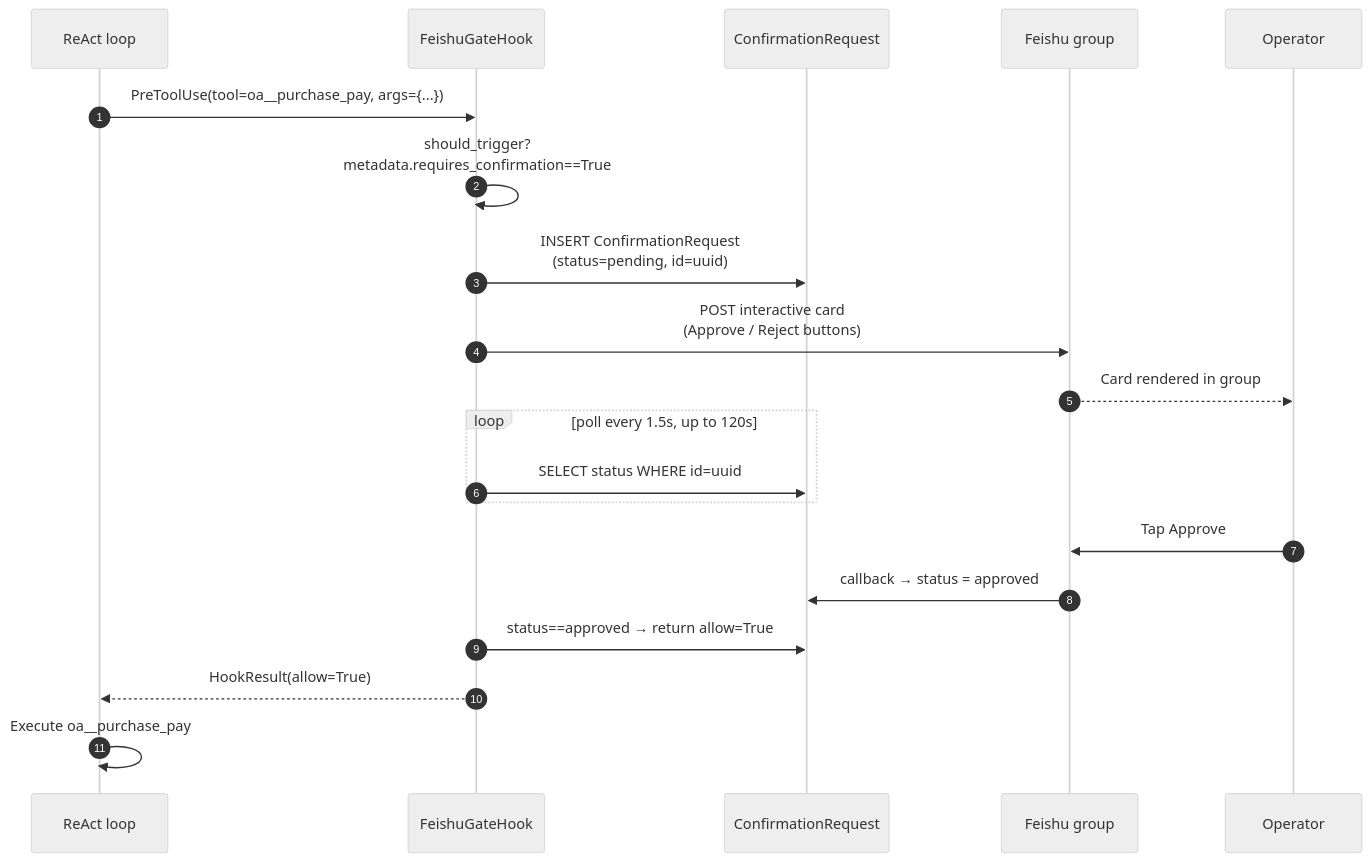
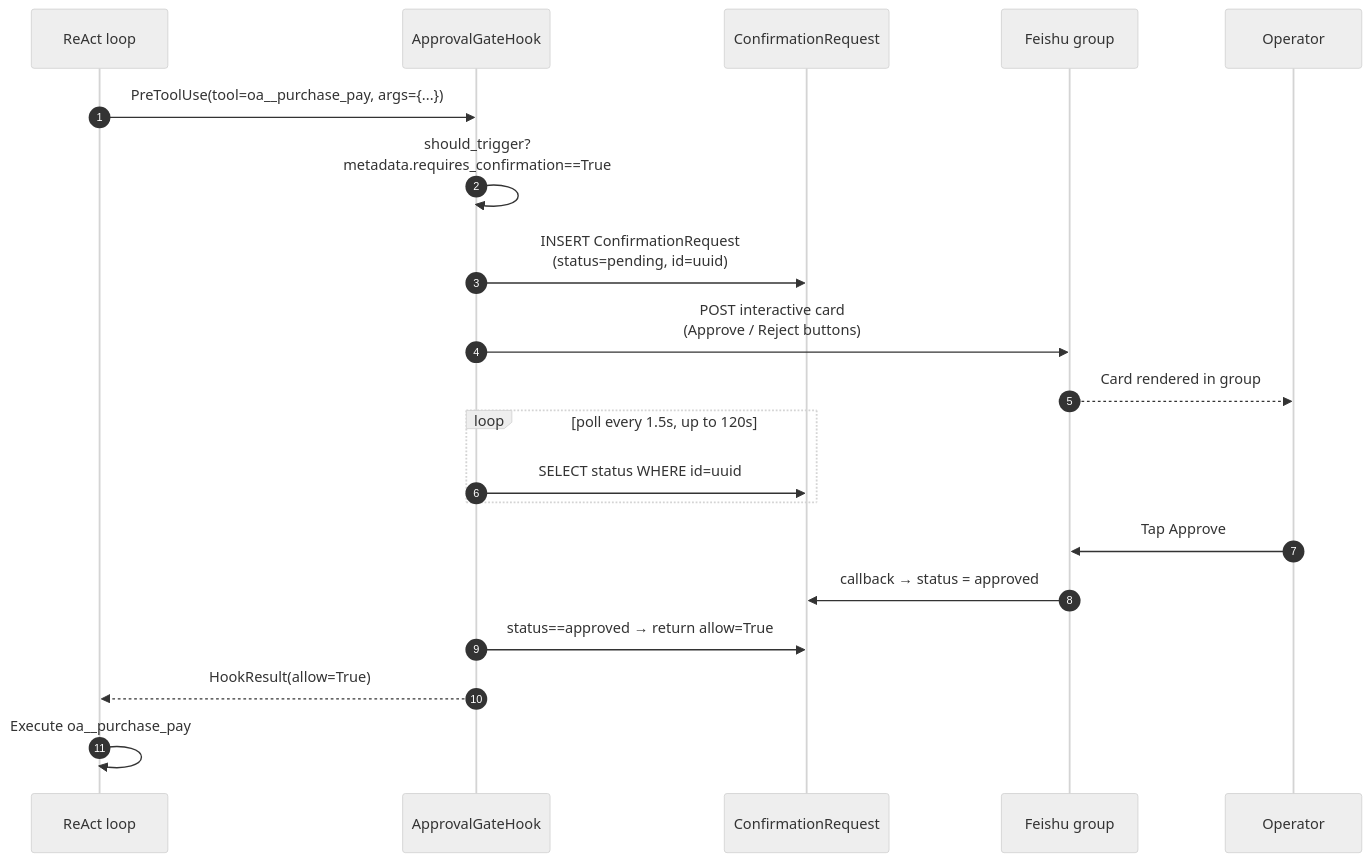
Before and after one commit to fim-ai/fim-one: the second of 2 diagrams in docs/architecture/hook-system.mdx, drawn with Mermaid (neutral theme). The commit also changed other lines of this file and 11 other files, not shown here.

First line of the commit message:
docs: the approval gate is ApprovalGateHook on ConfirmationService

````diff
--- a/docs/architecture/hook-system.mdx
+++ b/docs/architecture/hook-system.mdx
@@ -106,22 +106,22 @@
 ```mermaid
 sequenceDiagram
     autonumber
     participant ReAct as ReAct loop
-    participant Hook as FeishuGateHook
+    participant Hook as ApprovalGateHook
     participant DB as ConfirmationRequest
     participant Feishu as Feishu group
     participant Op as Operator
     ReAct->>Hook: PreToolUse(tool=oa__purchase_pay, args={...})
     Hook->>Hook: should_trigger?<br/>metadata.requires_confirmation==True
     Hook->>DB: INSERT ConfirmationRequest<br/>(status=pending, id=uuid)
     Hook->>Feishu: POST interactive card<br/>(Approve / Reject buttons)
     Feishu-->>Op: Card rendered in group
     loop poll every 1.5s, up to 120s
         Hook->>DB: SELECT status WHERE id=uuid
     end
     Op->>Feishu: Tap Approve
     Feishu->>DB: callback → status = approved
     Hook->>DB: status==approved → return allow=True
     Hook-->>ReAct: HookResult(allow=True)
     ReAct->>ReAct: Execute oa__purchase_pay
 ```
````
